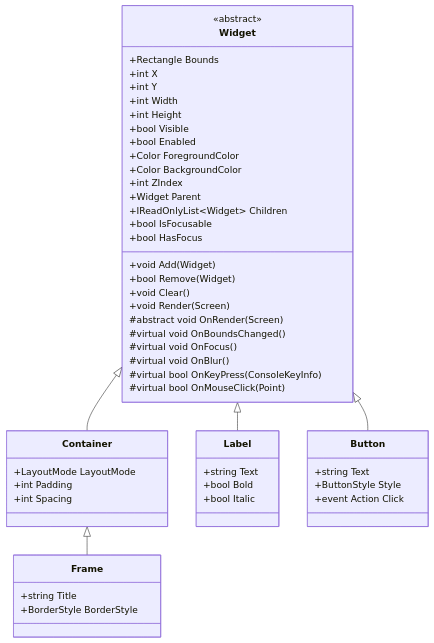
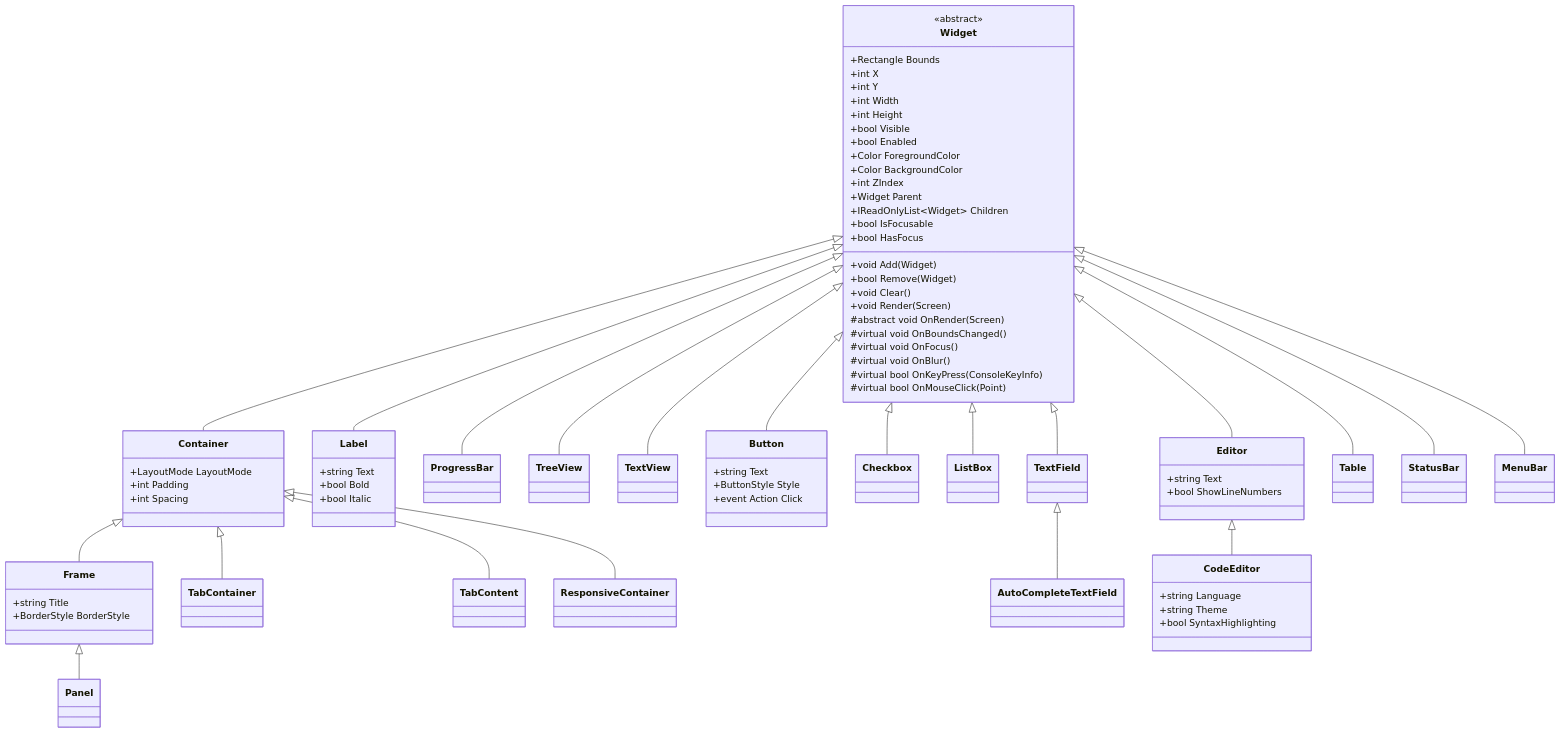
The diagram in site/src/content/docs/widgets/base-widget.mdx (ambystechcom/Ambystech.Elaris.UI), drawn with Mermaid before and after one commit. The commit also changed other lines of this file and 5 other files, not shown here.

````diff
--- a/site/src/content/docs/widgets/base-widget.mdx
+++ b/site/src/content/docs/widgets/base-widget.mdx
@@ -47,32 +47,74 @@
         #virtual bool OnKeyPress(ConsoleKeyInfo)
         #virtual bool OnMouseClick(Point)
     }
-    
+
     class Container {
         +LayoutMode LayoutMode
         +int Padding
         +int Spacing
     }
-    
     class Frame {
         +string Title
         +BorderStyle BorderStyle
     }
-    
+    class Panel
+    class TabContainer
+    class TabContent
+    class ResponsiveContainer
+
     class Label {
         +string Text
         +bool Bold
         +bool Italic
     }
-    
+    class ProgressBar
+    class TreeView
+    class TextView
+
     class Button {
         +string Text
         +ButtonStyle Style
         +event Action Click
     }
-    
+    class Checkbox
+    class ListBox
+    class TextField
+    class AutoCompleteTextField
+    class Editor {
+        +string Text
+        +bool ShowLineNumbers
+    }
+    class CodeEditor {
+        +string Language
+        +string Theme
+        +bool SyntaxHighlighting
+    }
+
+    class Table
+    class StatusBar
+    class MenuBar
+
     Widget <|-- Container
     Container <|-- Frame
+    Frame <|-- Panel
+    Container <|-- TabContainer
+    Container <|-- TabContent
+    Container <|-- ResponsiveContainer
+
     Widget <|-- Label
+    Widget <|-- ProgressBar
+    Widget <|-- TreeView
+    Widget <|-- TextView
+
     Widget <|-- Button
+    Widget <|-- Checkbox
+    Widget <|-- ListBox
+    Widget <|-- TextField
+    TextField <|-- AutoCompleteTextField
+    Widget <|-- Editor
+    Editor <|-- CodeEditor
+
+    Widget <|-- Table
+    Widget <|-- StatusBar
+    Widget <|-- MenuBar
 ```
````
